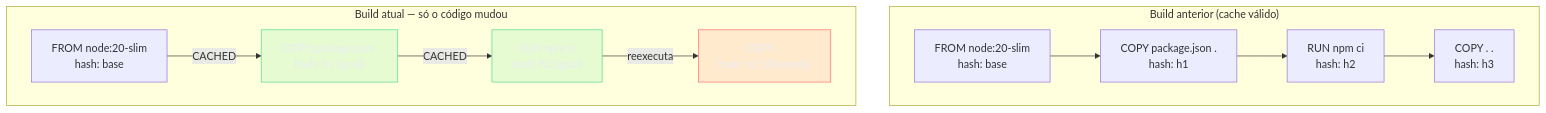
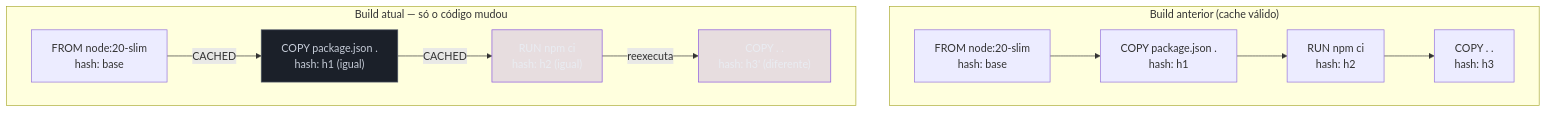
One commit to josenaldo/codex-technomanticus changed the first of 2 diagrams in 03-Dominios/Tecnologia/Infraestrutura/Docker/05 - Build e cache — por que seu build está lento.md. Above: the diagram before and after it, drawn with Mermaid. The commit also changed 601 other files, not shown here.

````diff
--- a/03-Dominios/Tecnologia/Infraestrutura/Docker/05 - Build e cache — por que seu build está lento.md
+++ b/03-Dominios/Tecnologia/Infraestrutura/Docker/05 - Build e cache — por que seu build está lento.md
@@ -37,20 +37,20 @@
 ```mermaid
 graph TB
-    classDef ok fill:#4ADE8021,stroke:#4ADE80,color:#E9ECF2
-    classDef falha fill:#FF6B6B24,stroke:#FF6B6B,color:#E9ECF2
+    classDef marca fill:#8855DF33,stroke:#8855DF,color:#E9ECF2
+    classDef neutro fill:#1B2029,stroke:#4E5666,color:#C6CCD8
     subgraph "Build anterior (cache válido)"
         A1["FROM node:20-slim<br/>hash: base"] --> A2["COPY package.json .<br/>hash: h1"]
         A2 --> A3["RUN npm ci<br/>hash: h2"]
         A3 --> A4["COPY . .<br/>hash: h3"]
     end
 
     subgraph "Build atual — só o código mudou"
         B1["FROM node:20-slim<br/>hash: base"] -->|"CACHED"| B2["COPY package.json .<br/>hash: h1 (igual)"]
         B2 -->|"CACHED"| B3["RUN npm ci<br/>hash: h2 (igual)"]
         B3 -->|"reexecuta"| B4["COPY . .<br/>hash: h3' (diferente)"]
     end
 
-    class B2 ok
-    class B3 ok
-    class B4 falha
+    class B2 neutro
+    class B3 marca
+    class B4 marca
 ```
````
